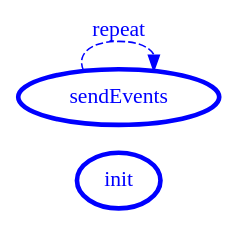
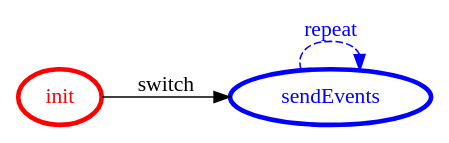
The diagram in src/sprint6/impl/it.unibo.finaltask2018.impl/srcMore/it/unibo/timer_adapter/timer_adapter.gv (LucaBonfi95/ISSM_Tema_Finale_2018), drawn with Graphviz before and after one commit. The commit also changed 27 other files, not shown here.

```diff
--- a/src/sprint6/impl/it.unibo.finaltask2018.impl/srcMore/it/unibo/timer_adapter/timer_adapter.gv
+++ b/src/sprint6/impl/it.unibo.finaltask2018.impl/srcMore/it/unibo/timer_adapter/timer_adapter.gv
@@ -1,17 +1,17 @@
 /*
 *
 * A GraphViz DOT FSM description 
 * Please use a GraphViz visualizer (like http://www.webgraphviz.com)
 *  
 */
 
 digraph finite_state_machine {
 	rankdir=LR
 	size="8,5"
 	
 	init [ color = red ][ fontcolor = red ][ penwidth = 3 ]
-	init [ color = blue ][ fontcolor = blue ][ penwidth = 3 ]
 	sendEvents [ color = blue ][ fontcolor = blue ][ penwidth = 3 ]
 	
 	sendEvents -> sendEvents [ label = "repeat "][ style = dashed ][ color = blue ][ fontcolor = blue ]
+	init -> sendEvents [ label = "switch" ][ color = black ][ fontcolor = black ]
 }
```
